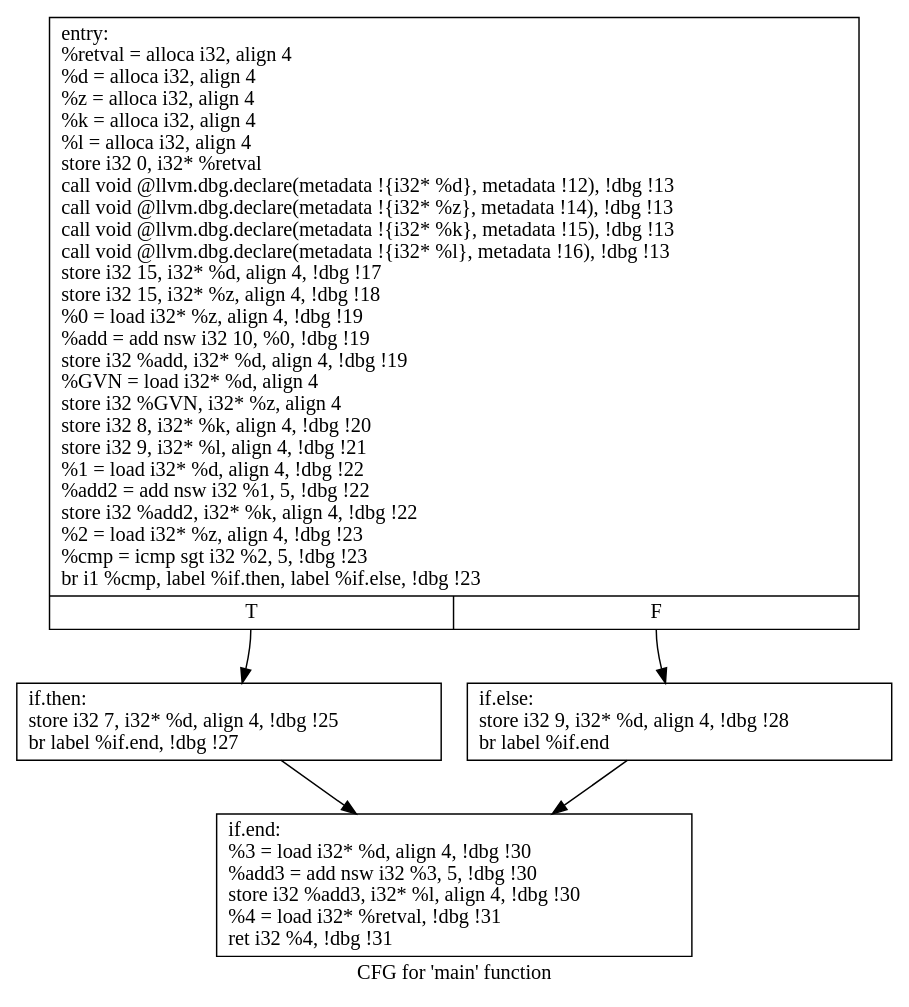
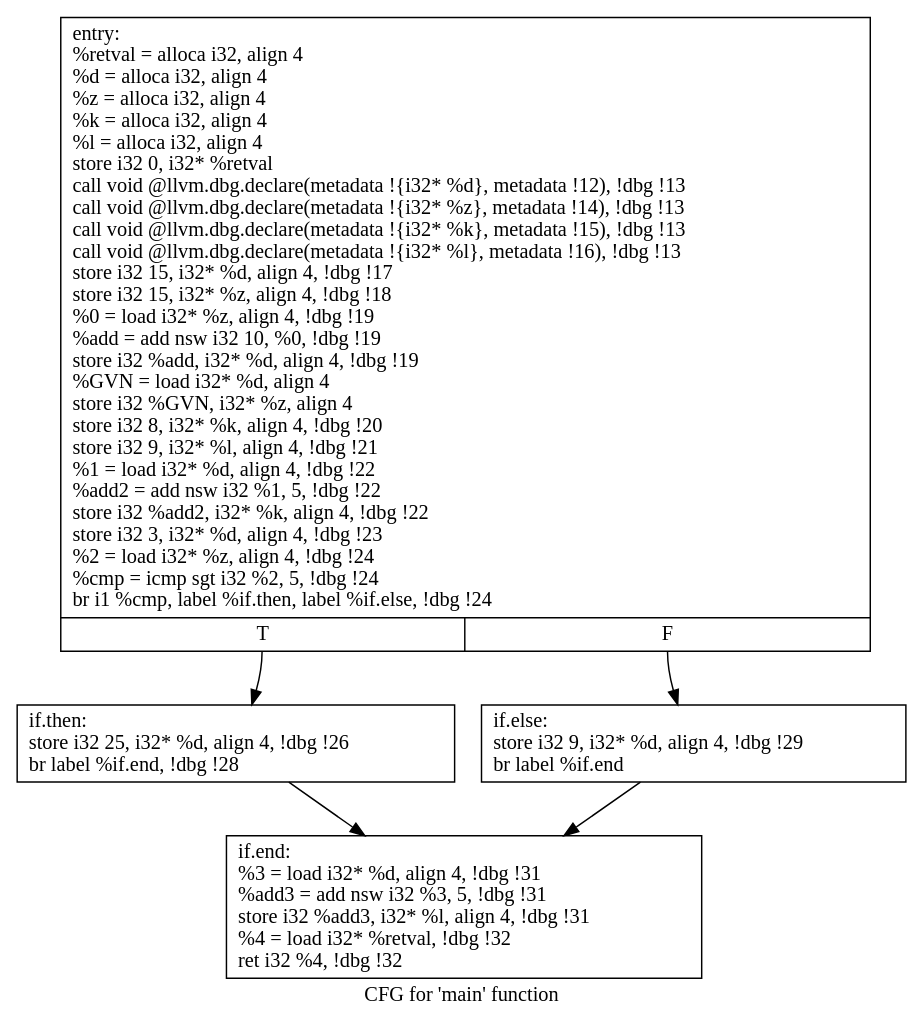
One commit to ddr2108/CS6241-Array_Bounding changed the diagram in Work/Pass/Part 3/Part 3.2/cfg.main.dot. Above: the diagram before and after it, drawn with Graphviz. The commit also changed 1 other file, not shown here.

```diff
--- a/Work/Pass/Part 3/Part 3.2/cfg.main.dot
+++ b/Work/Pass/Part 3/Part 3.2/cfg.main.dot
@@ -1,12 +1,12 @@
 digraph "CFG for 'main' function" {
 	label="CFG for 'main' function";
 
-	Node0x1b92cd0 [shape=record,label="{entry:\l  %retval = alloca i32, align 4\l  %d = alloca i32, align 4\l  %z = alloca i32, align 4\l  %k = alloca i32, align 4\l  %l = alloca i32, align 4\l  store i32 0, i32* %retval\l  call void @llvm.dbg.declare(metadata !\{i32* %d\}, metadata !12), !dbg !13\l  call void @llvm.dbg.declare(metadata !\{i32* %z\}, metadata !14), !dbg !13\l  call void @llvm.dbg.declare(metadata !\{i32* %k\}, metadata !15), !dbg !13\l  call void @llvm.dbg.declare(metadata !\{i32* %l\}, metadata !16), !dbg !13\l  store i32 15, i32* %d, align 4, !dbg !17\l  store i32 15, i32* %z, align 4, !dbg !18\l  %0 = load i32* %z, align 4, !dbg !19\l  %add = add nsw i32 10, %0, !dbg !19\l  store i32 %add, i32* %d, align 4, !dbg !19\l  %GVN = load i32* %d, align 4\l  store i32 %GVN, i32* %z, align 4\l  store i32 8, i32* %k, align 4, !dbg !20\l  store i32 9, i32* %l, align 4, !dbg !21\l  %1 = load i32* %d, align 4, !dbg !22\l  %add2 = add nsw i32 %1, 5, !dbg !22\l  store i32 %add2, i32* %k, align 4, !dbg !22\l  %2 = load i32* %z, align 4, !dbg !23\l  %cmp = icmp sgt i32 %2, 5, !dbg !23\l  br i1 %cmp, label %if.then, label %if.else, !dbg !23\l|{<s0>T|<s1>F}}"];
-	Node0x1b92cd0:s0 -> Node0x1b92160;
-	Node0x1b92cd0:s1 -> Node0x1b933c0;
-	Node0x1b92160 [shape=record,label="{if.then:                                          \l  store i32 7, i32* %d, align 4, !dbg !25\l  br label %if.end, !dbg !27\l}"];
-	Node0x1b92160 -> Node0x1b8e850;
-	Node0x1b933c0 [shape=record,label="{if.else:                                          \l  store i32 9, i32* %d, align 4, !dbg !28\l  br label %if.end\l}"];
-	Node0x1b933c0 -> Node0x1b8e850;
-	Node0x1b8e850 [shape=record,label="{if.end:                                           \l  %3 = load i32* %d, align 4, !dbg !30\l  %add3 = add nsw i32 %3, 5, !dbg !30\l  store i32 %add3, i32* %l, align 4, !dbg !30\l  %4 = load i32* %retval, !dbg !31\l  ret i32 %4, !dbg !31\l}"];
+	Node0x2c5ace0 [shape=record,label="{entry:\l  %retval = alloca i32, align 4\l  %d = alloca i32, align 4\l  %z = alloca i32, align 4\l  %k = alloca i32, align 4\l  %l = alloca i32, align 4\l  store i32 0, i32* %retval\l  call void @llvm.dbg.declare(metadata !\{i32* %d\}, metadata !12), !dbg !13\l  call void @llvm.dbg.declare(metadata !\{i32* %z\}, metadata !14), !dbg !13\l  call void @llvm.dbg.declare(metadata !\{i32* %k\}, metadata !15), !dbg !13\l  call void @llvm.dbg.declare(metadata !\{i32* %l\}, metadata !16), !dbg !13\l  store i32 15, i32* %d, align 4, !dbg !17\l  store i32 15, i32* %z, align 4, !dbg !18\l  %0 = load i32* %z, align 4, !dbg !19\l  %add = add nsw i32 10, %0, !dbg !19\l  store i32 %add, i32* %d, align 4, !dbg !19\l  %GVN = load i32* %d, align 4\l  store i32 %GVN, i32* %z, align 4\l  store i32 8, i32* %k, align 4, !dbg !20\l  store i32 9, i32* %l, align 4, !dbg !21\l  %1 = load i32* %d, align 4, !dbg !22\l  %add2 = add nsw i32 %1, 5, !dbg !22\l  store i32 %add2, i32* %k, align 4, !dbg !22\l  store i32 3, i32* %d, align 4, !dbg !23\l  %2 = load i32* %z, align 4, !dbg !24\l  %cmp = icmp sgt i32 %2, 5, !dbg !24\l  br i1 %cmp, label %if.then, label %if.else, !dbg !24\l|{<s0>T|<s1>F}}"];
+	Node0x2c5ace0:s0 -> Node0x2c5a160;
+	Node0x2c5ace0:s1 -> Node0x2c567d0;
+	Node0x2c5a160 [shape=record,label="{if.then:                                          \l  store i32 25, i32* %d, align 4, !dbg !26\l  br label %if.end, !dbg !28\l}"];
+	Node0x2c5a160 -> Node0x2c56830;
+	Node0x2c567d0 [shape=record,label="{if.else:                                          \l  store i32 9, i32* %d, align 4, !dbg !29\l  br label %if.end\l}"];
+	Node0x2c567d0 -> Node0x2c56830;
+	Node0x2c56830 [shape=record,label="{if.end:                                           \l  %3 = load i32* %d, align 4, !dbg !31\l  %add3 = add nsw i32 %3, 5, !dbg !31\l  store i32 %add3, i32* %l, align 4, !dbg !31\l  %4 = load i32* %retval, !dbg !32\l  ret i32 %4, !dbg !32\l}"];
 }
```
